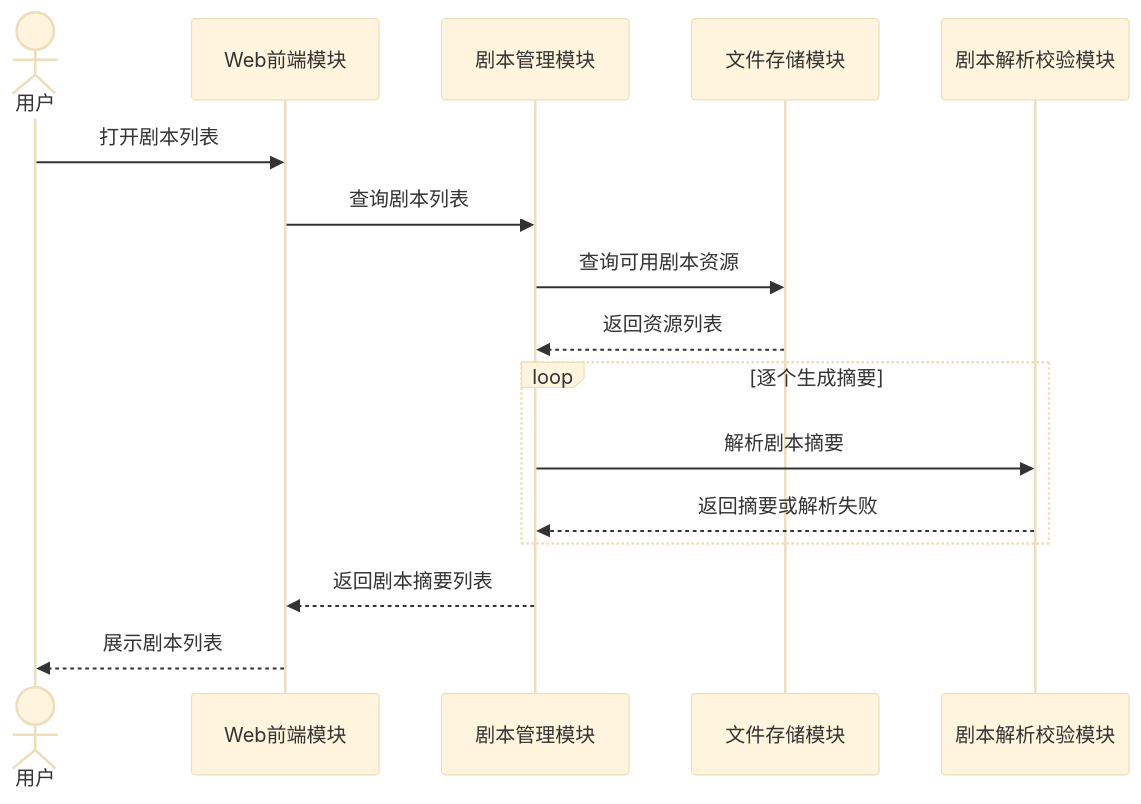
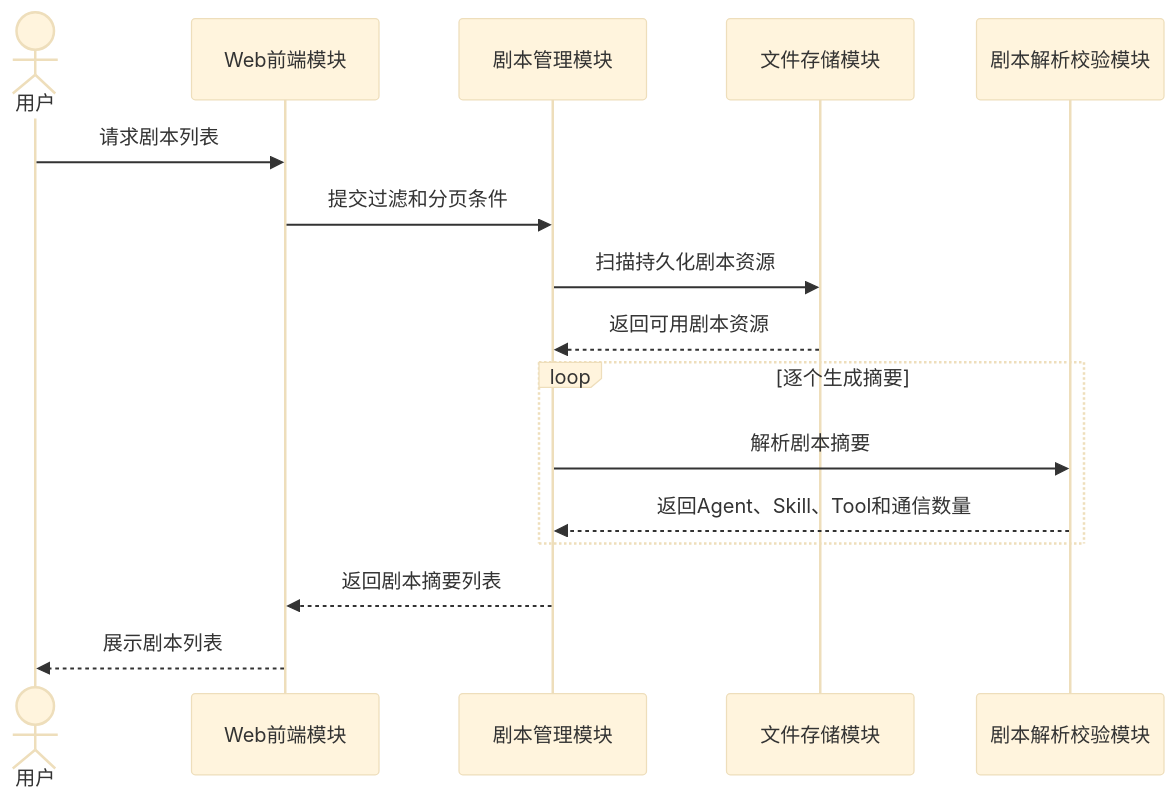
The sixth of 6 diagrams in docs/剧本管理设计.md (RIVERS0FT/AgentNetwork), drawn with Mermaid (base theme) before and after one commit. The commit also changed other lines of this file, not shown here.

Commit message:
docs: separate scene skill and tool definitions

````diff
--- a/docs/剧本管理设计.md
+++ b/docs/剧本管理设计.md
@@ -324,21 +348,21 @@
 ```mermaid
 sequenceDiagram
     actor User as 用户
     participant Web as Web前端模块
     participant SceneMgr as 剧本管理模块
     participant Store as 文件存储模块
     participant Parser as 剧本解析校验模块
 
-    User->>Web: 打开剧本列表
-    Web->>SceneMgr: 查询剧本列表
-    SceneMgr->>Store: 查询可用剧本资源
-    Store-->>SceneMgr: 返回资源列表
+    User->>Web: 请求剧本列表
+    Web->>SceneMgr: 提交过滤和分页条件
+    SceneMgr->>Store: 扫描持久化剧本资源
+    Store-->>SceneMgr: 返回可用剧本资源
 
     loop 逐个生成摘要
         SceneMgr->>Parser: 解析剧本摘要
-        Parser-->>SceneMgr: 返回摘要或解析失败
+        Parser-->>SceneMgr: 返回Agent、Skill、Tool和通信数量
     end
 
     SceneMgr-->>Web: 返回剧本摘要列表
     Web-->>User: 展示剧本列表
 ```
````
